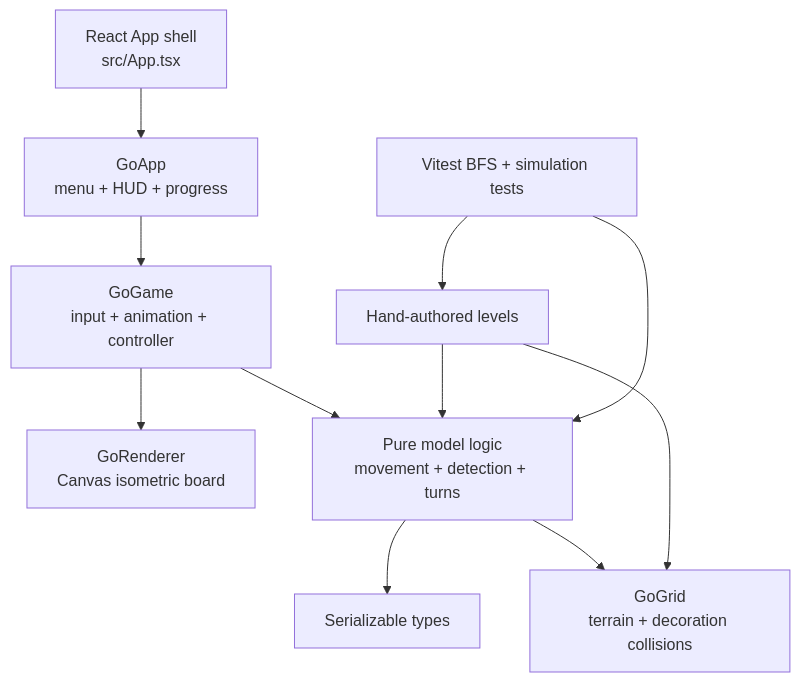
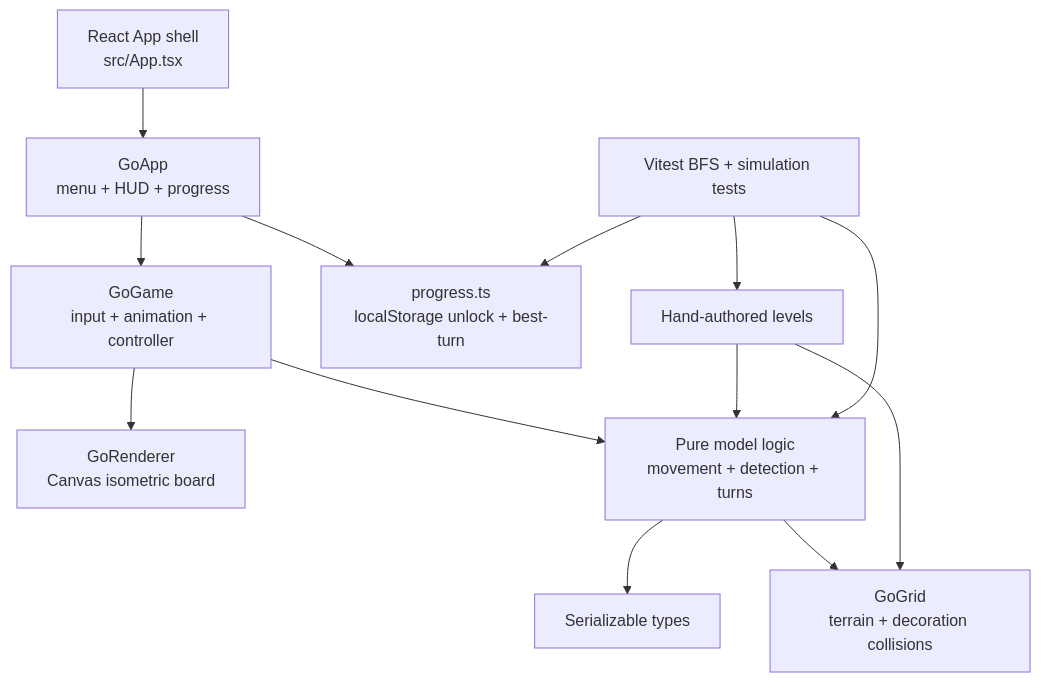
The second of 2 diagrams in README.md (bucala/Operacia-Kopanice), drawn with Mermaid before and after one commit. The commit also changed other lines of this file, not shown here.

````diff
--- a/README.md
+++ b/README.md
@@ -265,13 +267,15 @@
 ```mermaid
 flowchart TB
     React[React App shell<br/>src/App.tsx] --> App[GoApp<br/>menu + HUD + progress]
     App --> Game[GoGame<br/>input + animation + controller]
+    App --> Progress[progress.ts<br/>localStorage unlock + best-turn]
     Game --> Renderer[GoRenderer<br/>Canvas isometric board]
     Game --> Logic[Pure model logic<br/>movement + detection + turns]
     Logic --> Types[Serializable types]
     Logic --> Grid[GoGrid<br/>terrain + decoration collisions]
     Levels[Hand-authored levels] --> Grid
     Levels --> Logic
     Tests[Vitest BFS + simulation tests] --> Logic
     Tests --> Levels
+    Tests --> Progress
 ```
````
